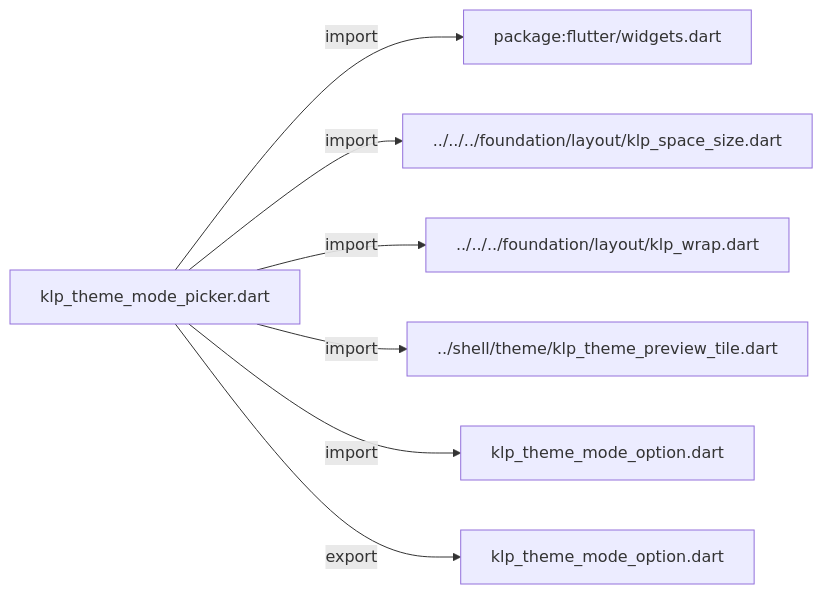
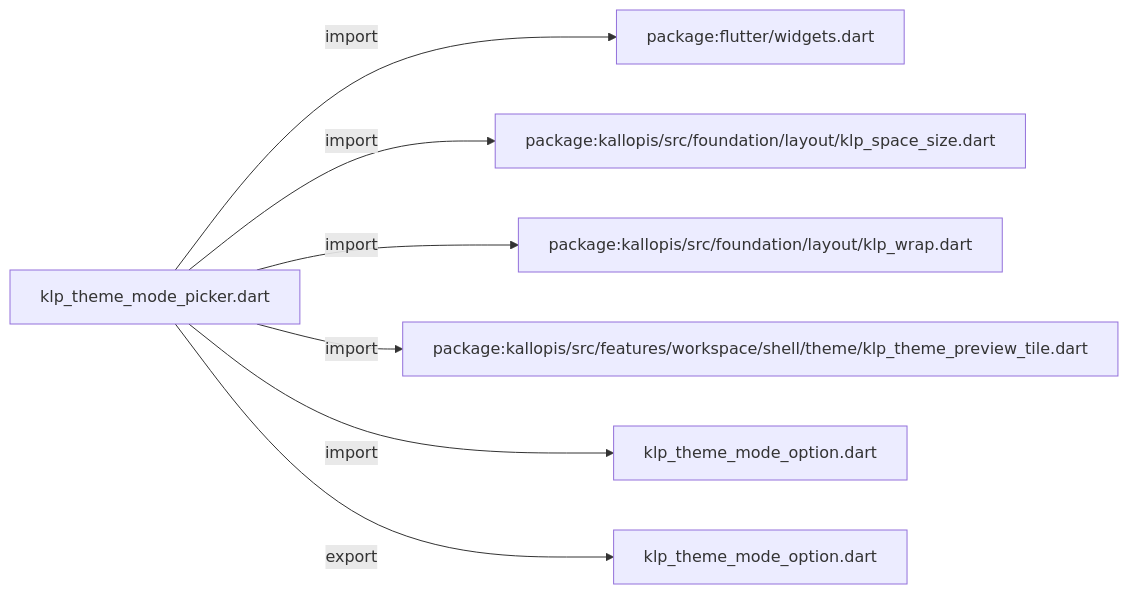
One commit to MiuDog/Kallopis changed the first of 3 diagrams in docs/architecture/src/features/workspace/settings/klp_theme_mode_picker.md. Above: the diagram before and after it, drawn with Mermaid. The commit also changed other lines of this file and 9688 other files, not shown here.

Commit message:
Prepare isolated Flow F2 peer baseline

````diff
--- a/docs/architecture/src/features/workspace/settings/klp_theme_mode_picker.md
+++ b/docs/architecture/src/features/workspace/settings/klp_theme_mode_picker.md
@@ -11,16 +11,16 @@
 ```mermaid
 flowchart LR
 	n0["klp_theme_mode_picker.dart"]
 	n1["package:flutter/widgets.dart"]
-	n2["../../../foundation/layout/klp_space_size.dart"]
-	n3["../../../foundation/layout/klp_wrap.dart"]
-	n4["../shell/theme/klp_theme_preview_tile.dart"]
+	n2["package:kallopis/src/foundation/layout/klp_space_size.dart"]
+	n3["package:kallopis/src/foundation/layout/klp_wrap.dart"]
+	n4["package:kallopis/src/features/workspace/shell/theme/klp_theme_preview_tile.dart"]
 	n5["klp_theme_mode_option.dart"]
 	n6["klp_theme_mode_option.dart"]
 	n0 -->|"import"| n1
 	n0 -->|"import"| n2
 	n0 -->|"import"| n3
 	n0 -->|"import"| n4
 	n0 -->|"import"| n5
 	n0 -->|"export"| n6
 ```
````
